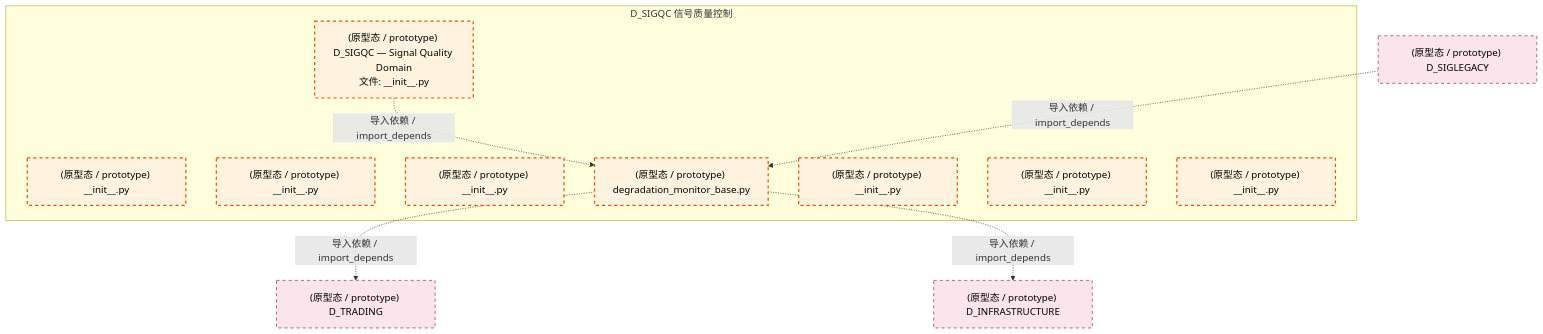
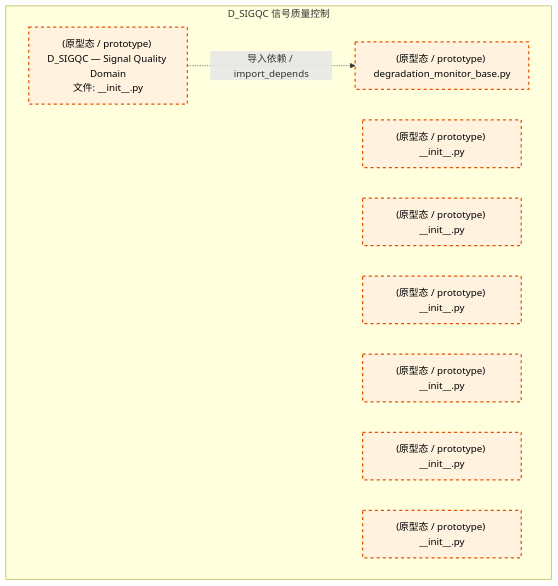
Before and after one commit to xuanFelixVan/ZephyrAlpha: the second of 2 diagrams in docs/02_enterprise_architecture/02_domain_architecture_docs/56_d_sigqc.md, drawn with Mermaid. The commit also changed other lines of this file and 109 other files, not shown here.

````diff
--- a/docs/02_enterprise_architecture/02_domain_architecture_docs/56_d_sigqc.md
+++ b/docs/02_enterprise_architecture/02_domain_architecture_docs/56_d_sigqc.md
@@ -114,26 +107,19 @@
 ```mermaid
 graph TD
     subgraph D_SIGQC["D_SIGQC 信号质量控制"]
         src_zephyr_signal_quality_init_py["(原型态 / prototype) D_SIGQC — Signal Quality Domain<br/>文件: __init__.py"]
         src_zephyr_signal_quality_extensions_init_py["(原型态 / prototype) __init__.py"]
         src_zephyr_signal_quality_api_init_py["(原型态 / prototype) __init__.py"]
         src_zephyr_signal_quality_core_init_py["(原型态 / prototype) __init__.py"]
         src_zephyr_signal_quality_degradation_monitor_base_py["(原型态 / prototype) degradation_monitor_base.py"]
         src_zephyr_signal_quality_infrastructure_init_py["(原型态 / prototype) __init__.py"]
         src_zephyr_signal_quality_models_init_py["(原型态 / prototype) __init__.py"]
         src_zephyr_signal_quality_services_init_py["(原型态 / prototype) __init__.py"]
     end
     src_zephyr_signal_quality_init_py -.->|导入依赖 / import_depends| src_zephyr_signal_quality_degradation_monitor_base_py
-    D_TRADING["(原型态 / prototype) D_TRADING"]
-    src_zephyr_signal_quality_degradation_monitor_base_py -.->|导入依赖 / import_depends| D_TRADING
-    D_INFRASTRUCTURE["(原型态 / prototype) D_INFRASTRUCTURE"]
-    src_zephyr_signal_quality_degradation_monitor_base_py -.->|导入依赖 / import_depends| D_INFRASTRUCTURE
-    D_SIGLEGACY["(原型态 / prototype) D_SIGLEGACY"]
-    D_SIGLEGACY -.->|导入依赖 / import_depends| src_zephyr_signal_quality_degradation_monitor_base_py
     classDef production fill:#e1f5fe,stroke:#01579b,stroke-width:2px,color:#000
     classDef design fill:#fff3e0,stroke:#e65100,stroke-width:2px,color:#000,stroke-dasharray: 5 5
     classDef external_prod fill:#e8f5e9,stroke:#1b5e20,stroke-width:1px,color:#000
     classDef external_design fill:#fce4ec,stroke:#880e4f,stroke-width:1px,color:#000,stroke-dasharray: 5 5
     class src_zephyr_signal_quality_init_py,src_zephyr_signal_quality_extensions_init_py,src_zephyr_signal_quality_api_init_py,src_zephyr_signal_quality_core_init_py,src_zephyr_signal_quality_degradation_monitor_base_py,src_zephyr_signal_quality_infrastructure_init_py,src_zephyr_signal_quality_models_init_py,src_zephyr_signal_quality_services_init_py design
-    class D_TRADING,D_INFRASTRUCTURE,D_SIGLEGACY external_design
 ```
````
